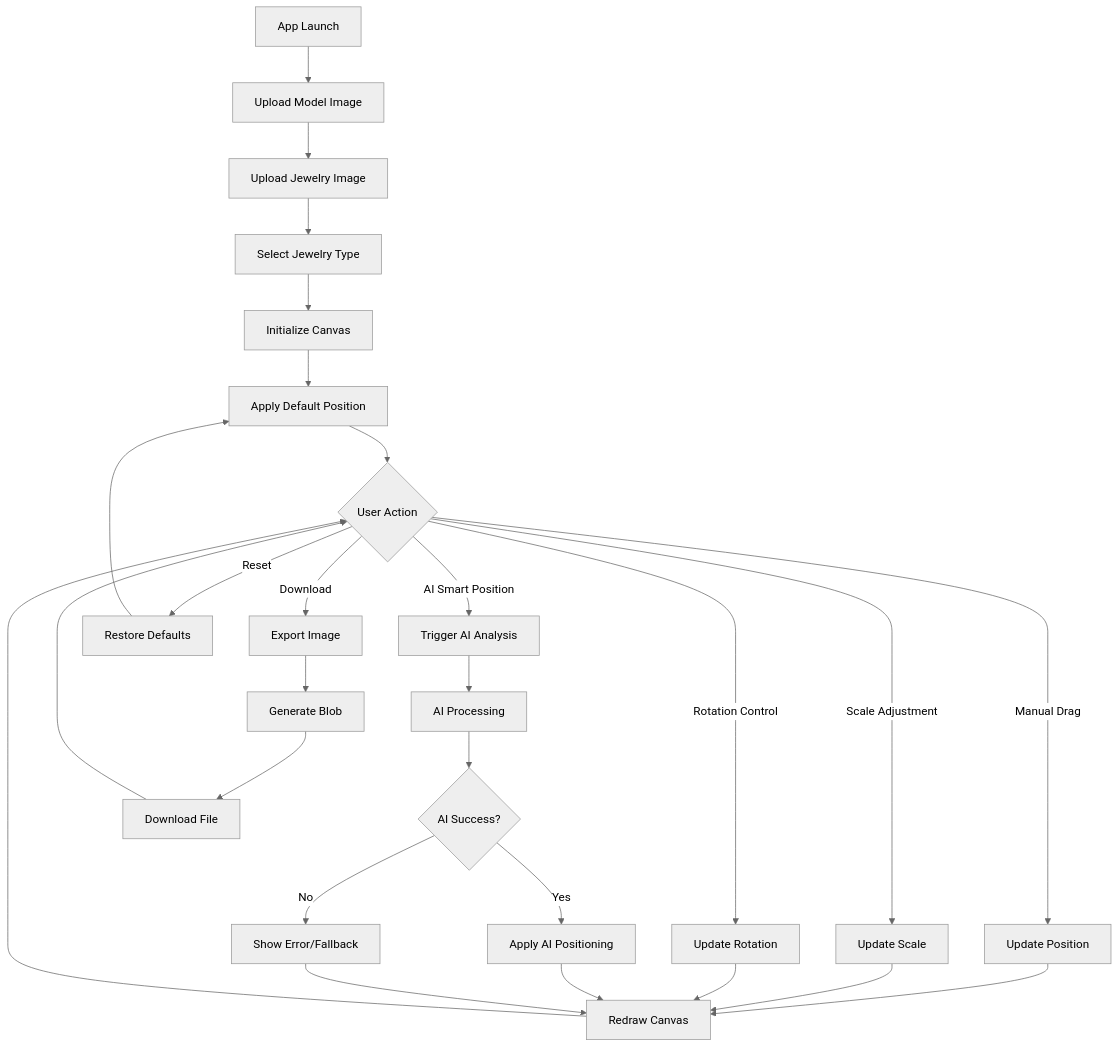
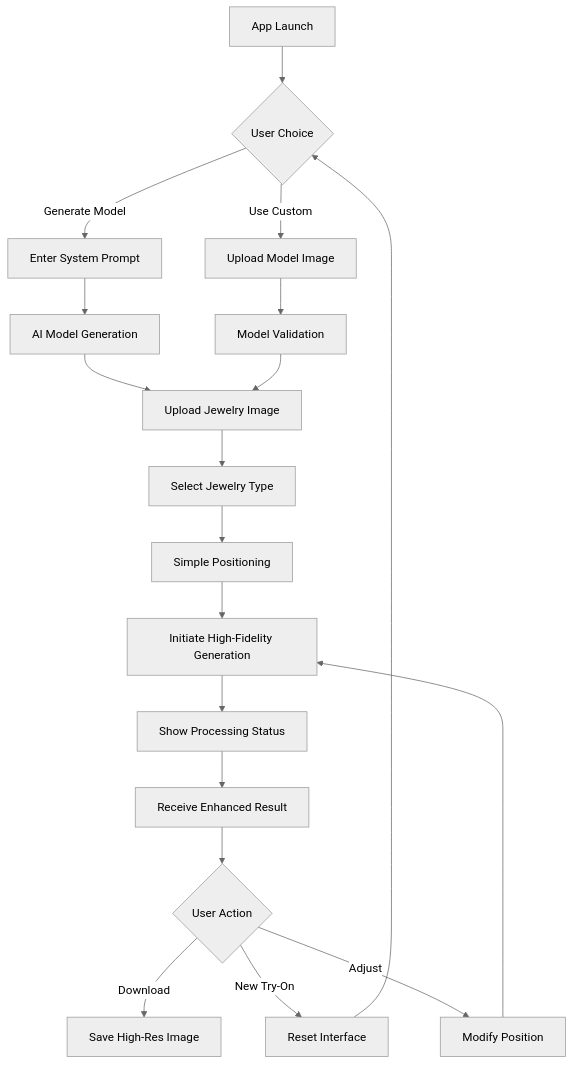
One commit to ShivaBhattacharjee/astra-assignment changed the third of 6 diagrams in DESIGN_DOCUMENT.md. Above: the diagram before and after it, drawn with Mermaid (neutral theme). The commit also changed other lines of this file, not shown here.

Commit message:
feat: Revise design document to reflect high-fidelity AI image generation and updated architecture

````diff
--- a/DESIGN_DOCUMENT.md
+++ b/DESIGN_DOCUMENT.md
@@ -136,36 +145,28 @@
 ```mermaid
 flowchart TD
-    A[App Launch] --> B[Upload Model Image]
-    B --> C[Upload Jewelry Image]
-    C --> D[Select Jewelry Type]
-    D --> E[Initialize Canvas]
+    A[App Launch] --> B{User Choice}
+    B -->|Generate Model| C[Enter System Prompt]
+    B -->|Use Custom| D[Upload Model Image]
     
-    E --> F[Apply Default Position]
-    F --> G{User Action}
+    C --> E[AI Model Generation]
+    D --> F[Model Validation]
     
-    G -->|Manual Drag| H[Update Position]
-    G -->|Scale Adjustment| I[Update Scale]
-    G -->|Rotation Control| J[Update Rotation]
-    G -->|AI Smart Position| K[Trigger AI Analysis]
-    G -->|Download| L[Export Image]
-    G -->|Reset| M[Restore Defaults]
+    E --> G[Upload Jewelry Image]
+    F --> G
     
-    H --> N[Redraw Canvas]
-    I --> N
-    J --> N
-    K --> O[AI Processing]
+    G --> H[Select Jewelry Type]
+    H --> I[Simple Positioning]
+    I --> J[Initiate High-Fidelity Generation]
     
-    O --> P{AI Success?}
-    P -->|Yes| Q[Apply AI Positioning]
-    P -->|No| R[Show Error/Fallback]
+    J --> K[Show Processing Status]
+    K --> L[Receive Enhanced Result]
     
-    Q --> N
-    R --> N
-    N --> G
+    L --> M{User Action}
     
-    L --> S[Generate Blob]
-    S --> T[Download File]
-    T --> G
+    M -->|Download| N[Save High-Res Image]
+    M -->|New Try-On| O[Reset Interface]
+    M -->|Adjust| P[Modify Position]
     
-    M --> F
+    P --> J
+    O --> B
 ```
````
